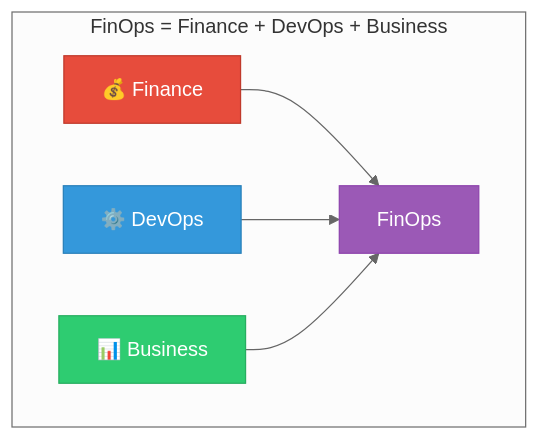
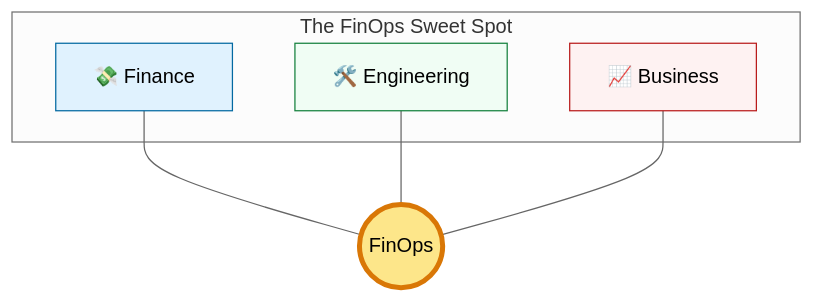
One commit to Ganil151/Devops changed the first of 2 diagrams in 1-Beginner/03-Phase-3/02-FinOps/01-Introduction/Introduction to FinOps.md. Above: the diagram before and after it, drawn with Mermaid (neutral theme). The commit also changed other lines of this file and 77 other files, not shown here.

````diff
--- a/1-Beginner/03-Phase-3/02-FinOps/01-Introduction/Introduction to FinOps.md
+++ b/1-Beginner/03-Phase-3/02-FinOps/01-Introduction/Introduction to FinOps.md
@@ -19,13 +5,15 @@
 ```mermaid
-graph TB
-    subgraph "FinOps = Finance + DevOps + Business"
-        F[💰 Finance] --> FO[FinOps]
-        D[⚙️ DevOps] --> FO
-        B[📊 Business] --> FO
+graph TD
+    subgraph FinOps_Intersection[The FinOps Sweet Spot]
+        F[💸 Finance] & E[🛠️ Engineering] & B[📈 Business]
     end
     
-    style F fill:#e74c3c,stroke:#c0392b,color:#fff
-    style D fill:#3498db,stroke:#2980b9,color:#fff
-    style B fill:#2ecc71,stroke:#27ae60,color:#fff
-    style FO fill:#9b59b6,stroke:#8e44ad,color:#fff
+    F --- Intersection((FinOps))
+    E --- Intersection
+    B --- Intersection
+    
+    style Intersection fill:#fde68a,stroke:#d97706,stroke-width:4px
+    style F fill:#e0f2fe,stroke:#0369a1
+    style E fill:#f0fdf4,stroke:#15803d
+    style B fill:#fef2f2,stroke:#b91c1c
 ```
````
